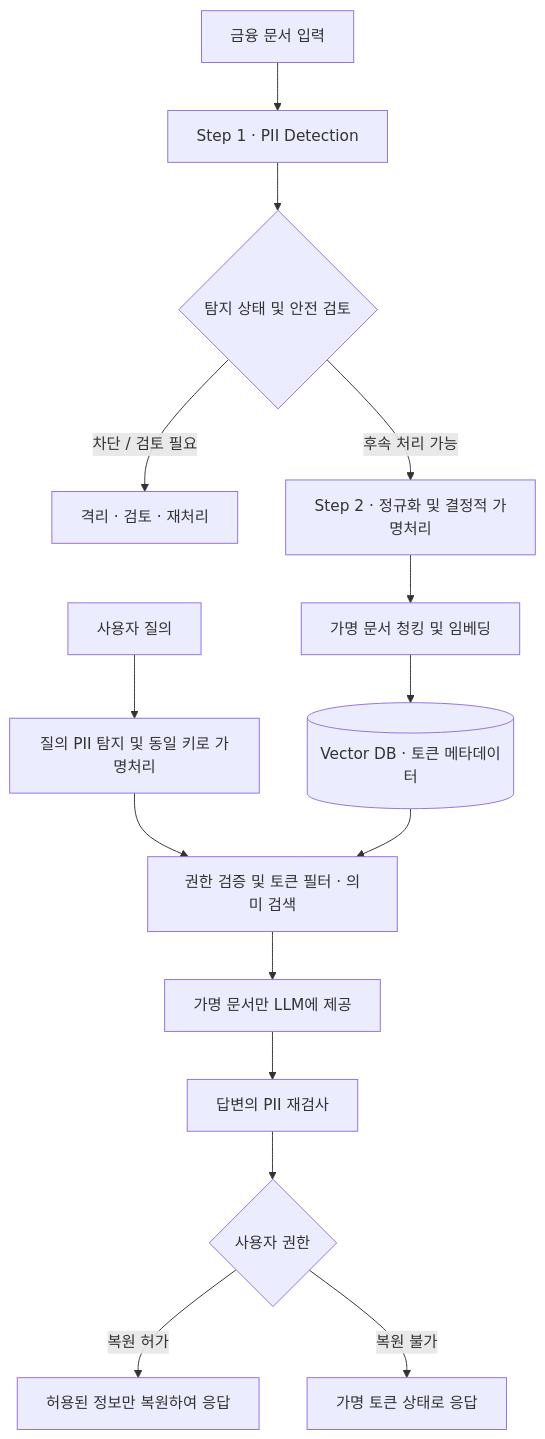
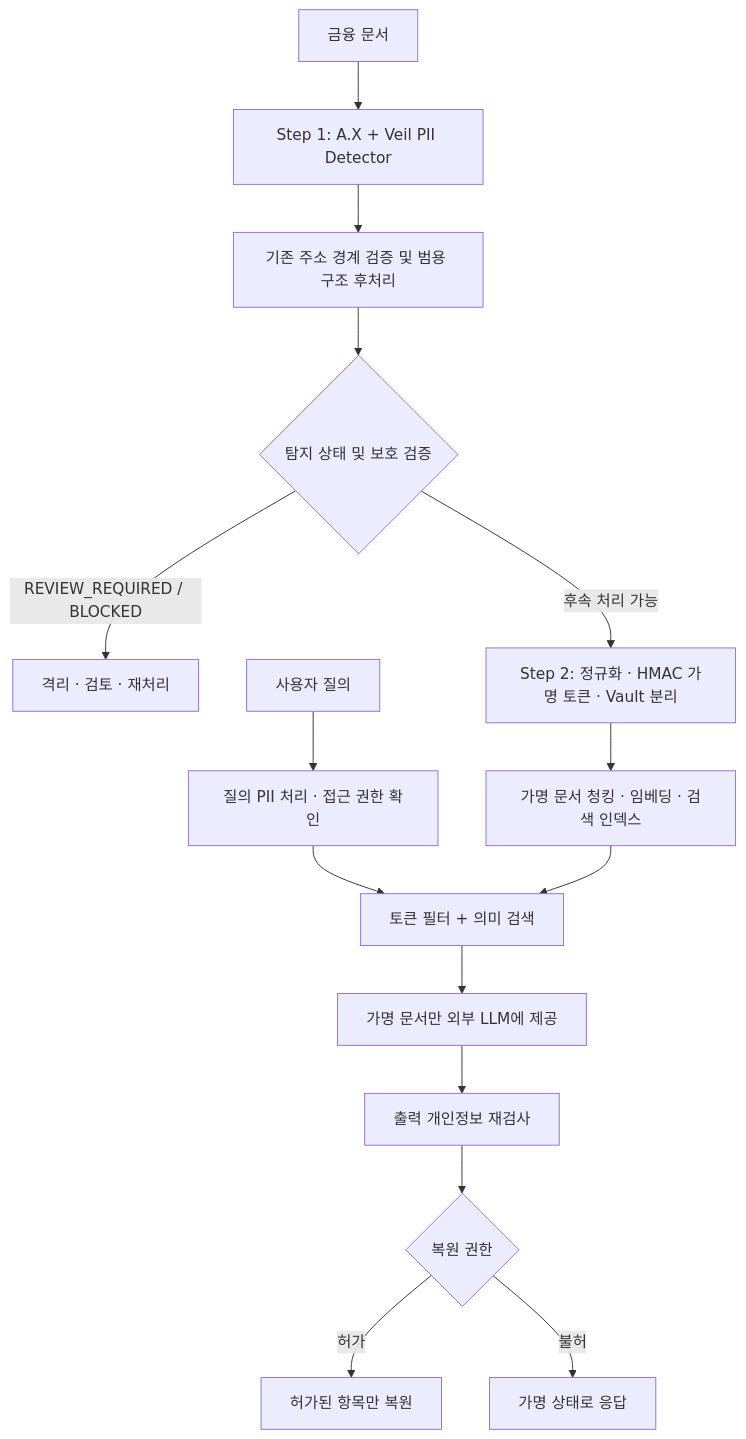
One commit to kohjunseo1/AegisRAG changed the diagram in README.md. Above: the diagram before and after it, drawn with Mermaid. The commit also changed other lines of this file and 1 other file, not shown here.

Commit message:
Apply reviewed project and Step 1 README revisions

````diff
--- a/README.md
+++ b/README.md
@@ -26,17 +24,17 @@
 ```mermaid
 flowchart TD
-    A[금융 문서 입력] --> B[Step 1 · PII Detection]
-    B --> G{탐지 상태 및 안전 검토}
-    G -->|차단 / 검토 필요| H[격리 · 검토 · 재처리]
-    G -->|후속 처리 가능| C[Step 2 · 정규화 및 결정적 가명처리]
-    C --> D[가명 문서 청킹 및 임베딩]
-    D --> E[(Vector DB · 토큰 메타데이터)]
-    Q[사용자 질의] --> R[질의 PII 탐지 및 동일 키로 가명처리]
-    R --> S[권한 검증 및 토큰 필터 · 의미 검색]
-    E --> S
-    S --> T[가명 문서만 LLM에 제공]
-    T --> U[답변의 PII 재검사]
-    U --> V{사용자 권한}
-    V -->|복원 허가| W[허용된 정보만 복원하여 응답]
-    V -->|복원 불가| X[가명 토큰 상태로 응답]
+  A[금융 문서] --> B[Step 1: A.X + Veil PII Detector]
+  B --> C[기존 주소 경계 검증 및 범용 구조 후처리]
+  C --> D{탐지 상태 및 보호 검증}
+  D -->|REVIEW_REQUIRED / BLOCKED| E[격리 · 검토 · 재처리]
+  D -->|후속 처리 가능| F[Step 2: 정규화 · HMAC 가명 토큰 · Vault 분리]
+  F --> G[가명 문서 청킹 · 임베딩 · 검색 인덱스]
+  H[사용자 질의] --> I[질의 PII 처리 · 접근 권한 확인]
+  I --> J[토큰 필터 + 의미 검색]
+  G --> J
+  J --> K[가명 문서만 외부 LLM에 제공]
+  K --> L[출력 개인정보 재검사]
+  L --> M{복원 권한}
+  M -->|허가| N[허가된 항목만 복원]
+  M -->|불허| O[가명 상태로 응답]
 ```
````
